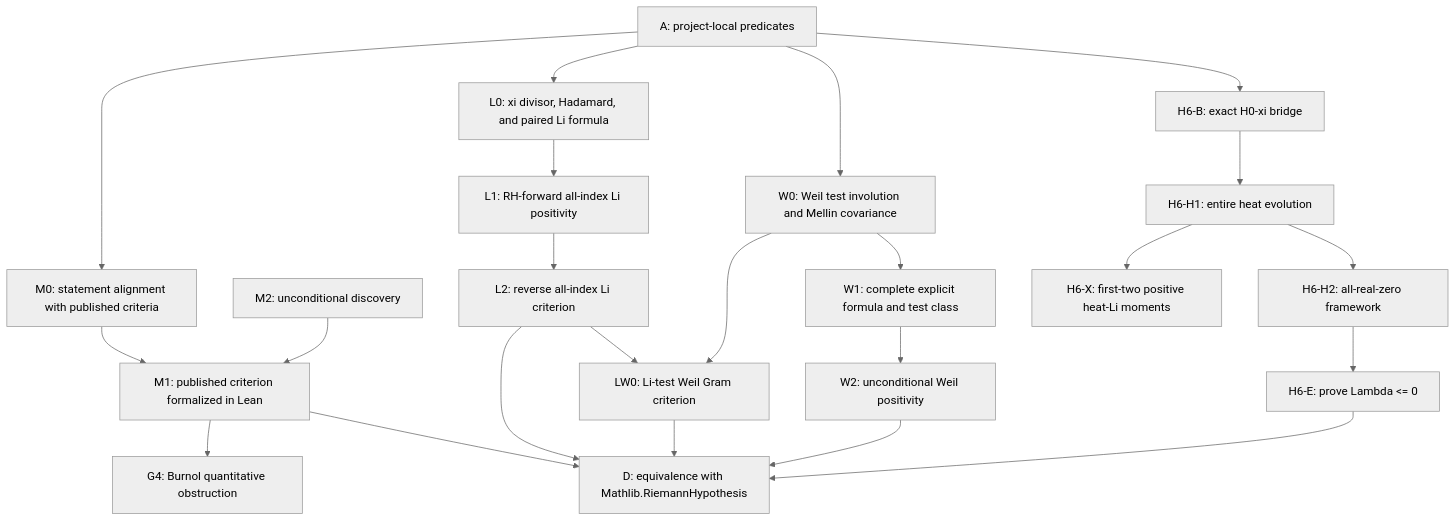
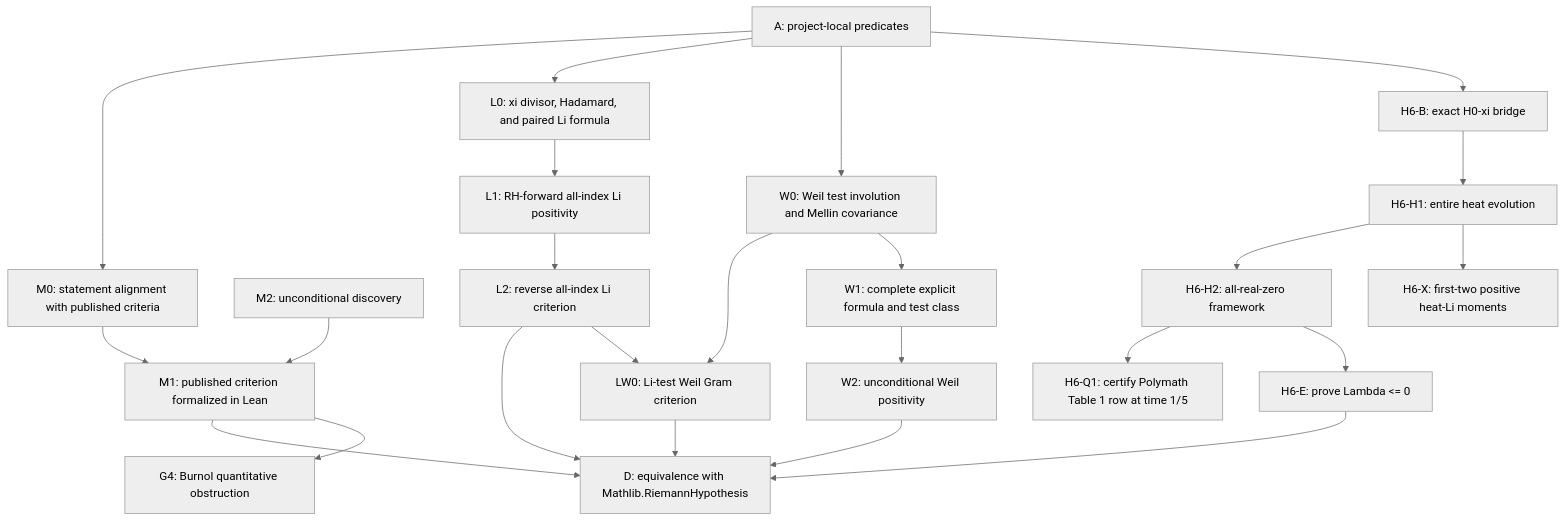
Before and after one commit to Ryugu-07/lean-lab-rh: the diagram in research/hard_gap_dag.md, drawn with Mermaid (neutral theme). The commit also changed other lines of this file and 5 other files, not shown here.

Commit message:
preregister Polymath table row certificates

````diff
--- a/research/hard_gap_dag.md
+++ b/research/hard_gap_dag.md
@@ -12,25 +12,26 @@
 ```mermaid
 flowchart TD
     A["A: project-local predicates"] --> M0["M0: statement alignment with published criteria"]
     M0 --> M1["M1: published criterion formalized in Lean"]
     M1 --> D["D: equivalence with Mathlib.RiemannHypothesis"]
     E["M2: unconditional discovery"] --> M1
     M1 --> G4["G4: Burnol quantitative obstruction"]
     A --> L0["L0: xi divisor, Hadamard, and paired Li formula"]
     L0 --> L1["L1: RH-forward all-index Li positivity"]
     L1 --> L2["L2: reverse all-index Li criterion"]
     L2 --> D
     L2 --> LW0["LW0: Li-test Weil Gram criterion"]
     W0 --> LW0
     LW0 --> D
     A --> W0["W0: Weil test involution and Mellin covariance"]
     W0 --> W1["W1: complete explicit formula and test class"]
     W1 --> W2["W2: unconditional Weil positivity"]
     W2 --> D
     A --> H6B["H6-B: exact H0-xi bridge"]
     H6B --> H6H1["H6-H1: entire heat evolution"]
     H6H1 --> H6H["H6-H2: all-real-zero framework"]
+    H6H --> H6Q["H6-Q1: certify Polymath Table 1 row at time 1/5"]
     H6H1 --> H6X["H6-X: first-two positive heat-Li moments"]
     H6H --> H6E["H6-E: prove Lambda <= 0"]
     H6E --> D
 ```
````
